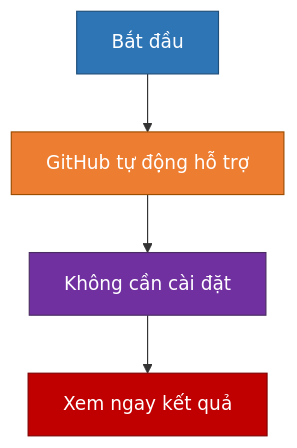
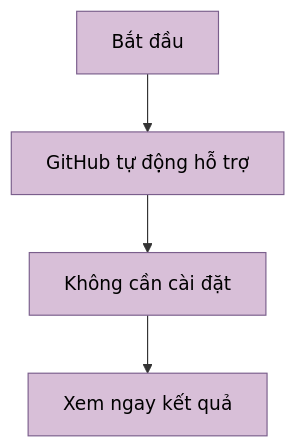
The diagram in README.md (mocminh/hoc-mermaid-nk), drawn with Mermaid before and after one commit.

````diff
--- a/README.md
+++ b/README.md
@@ -3,13 +3,13 @@
 ```mermaid
 graph TD
     A[Bắt đầu] --> B[GitHub tự động hỗ trợ]
     B --> C[Không cần cài đặt]
     C --> D[Xem ngay kết quả]
 
-    style A fill:#2E75B6,stroke:#1F4E79,color:#ffffff
-    style B fill:#ED7D31,stroke:#9C4D00,color:#ffffff
-    style C fill:#7030A0,stroke:#4B2C62,color:#ffffff
-    style D fill:#C00000,stroke:#7F0000,color:#ffffff
+    style A fill:#D8BFD8,stroke:#7A5E8C,color:#000000
+    style B fill:#D8BFD8,stroke:#7A5E8C,color:#000000
+    style C fill:#D8BFD8,stroke:#7A5E8C,color:#000000
+    style D fill:#D8BFD8,stroke:#7A5E8C,color:#000000
 
 
 ```
````
